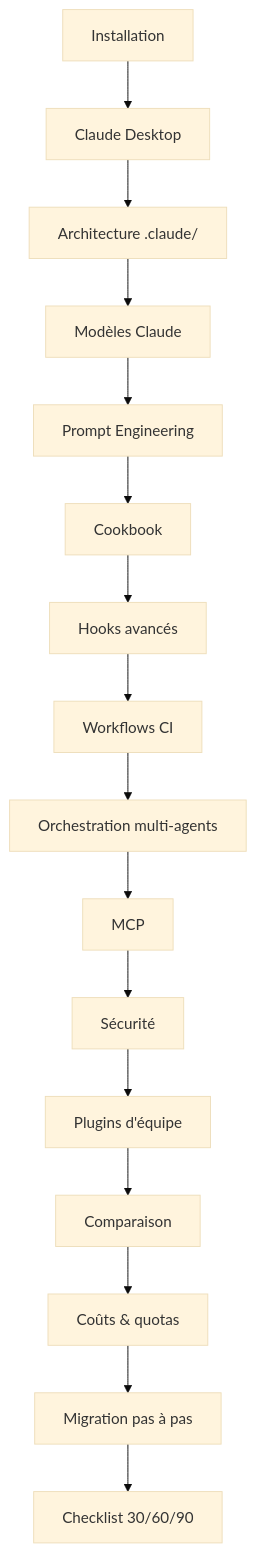
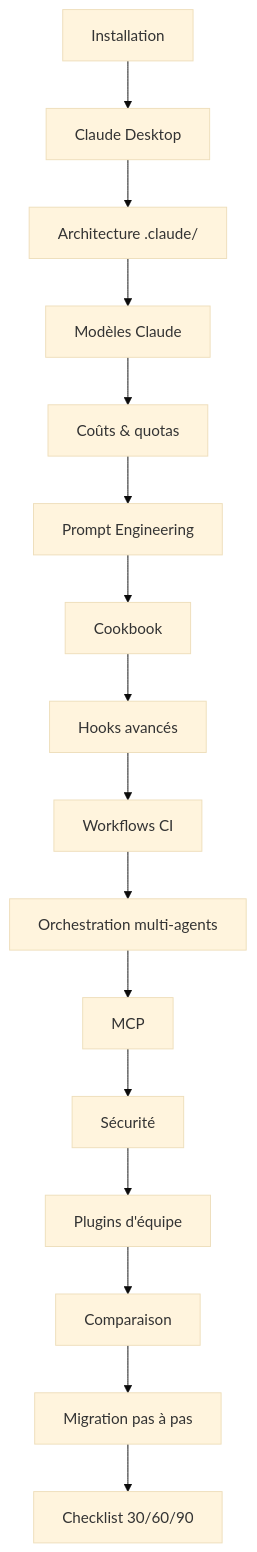
The diagram in docs/chapitre-3b-claude-code-migration-copilot/index.md (FTurleque/doc-utilisation-ia), drawn with Mermaid (base theme) before and after one commit. The commit also changed other lines of this file, not shown here.

Commit message:
docs: align Claude learning path with model cost flow

````diff
--- a/docs/chapitre-3b-claude-code-migration-copilot/index.md
+++ b/docs/chapitre-3b-claude-code-migration-copilot/index.md
@@ -118,18 +118,18 @@
 ```mermaid
 graph TD
     I["Installation"] --> D["Claude Desktop"]
     D --> A["Architecture .claude/"]
     A --> MOD["Modèles Claude"]
-    MOD --> P["Prompt Engineering"]
+    MOD --> CO["Coûts & quotas"]
+    CO --> P["Prompt Engineering"]
     P --> CK["Cookbook"]
     CK --> HK["Hooks avancés"]
     HK --> CI["Workflows CI"]
     CI --> ORCH["Orchestration multi-agents"]
     ORCH --> MCP["MCP"]
     MCP --> SEC["Sécurité"]
     SEC --> PL["Plugins d'équipe"]
     PL --> C["Comparaison"]
-    C --> CO["Coûts & quotas"]
-    CO --> M["Migration pas à pas"]
+    C --> M["Migration pas à pas"]
     M --> J["Checklist 30/60/90"]
 ```
````
